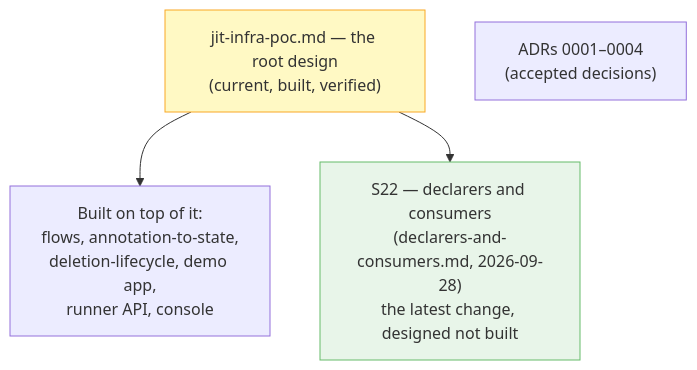
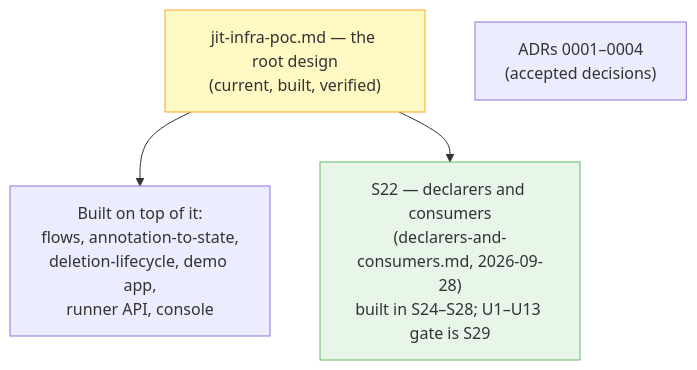
One commit to vjkancherla/k8s-just-in-time-infra changed the diagram in docs/designs/README.md. Above: the diagram before and after it, drawn with Mermaid. The commit also changed other lines of this file and 8 other files, not shown here.

````diff
--- a/docs/designs/README.md
+++ b/docs/designs/README.md
@@ -10,9 +10,9 @@
 ```mermaid
 flowchart TD
     ROOT["jit-infra-poc.md — the root design<br/>(current, built, verified)"]
     ADR["ADRs 0001–0004<br/>(accepted decisions)"]
     ROOT --> BUILT["Built on top of it:<br/>flows, annotation-to-state,<br/>deletion-lifecycle, demo app,<br/>runner API, console"]
-    ROOT --> S22["S22 — declarers and consumers<br/>(declarers-and-consumers.md, 2026-09-28)<br/>the latest change, designed not built"]
+    ROOT --> S22["S22 — declarers and consumers<br/>(declarers-and-consumers.md, 2026-09-28)<br/>built in S24–S28; U1–U13 gate is S29"]
     style ROOT fill:#fff9c4,stroke:#f9a825
     style S22 fill:#e8f5e9,stroke:#66bb6a
 ```
````
